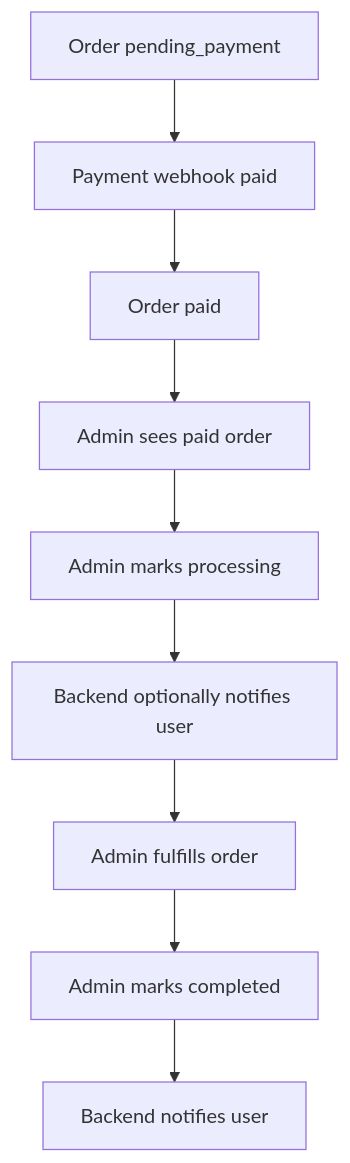
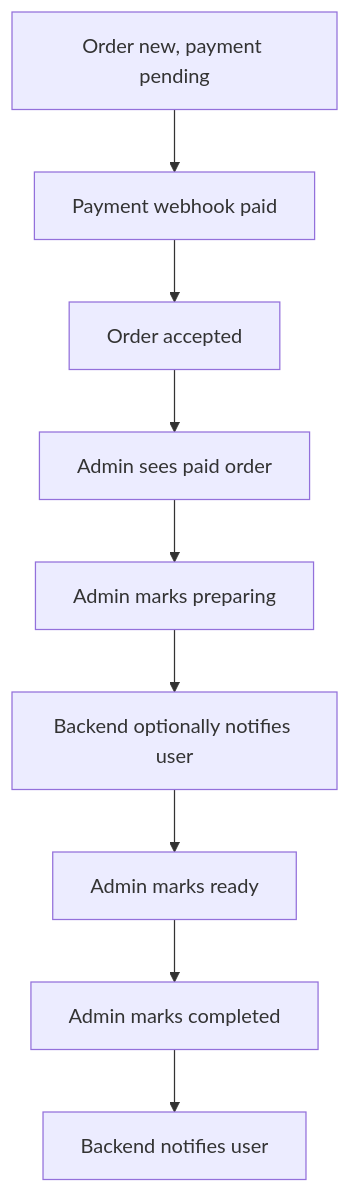
One commit to mridhoda/selaluteh-chatbot-crm changed the diagram in docs/backend/02-flows/order-fulfillment-flow.md. Above: the diagram before and after it, drawn with Mermaid. The commit also changed other lines of this file and 294 other files, not shown here.

````diff
--- a/docs/backend/02-flows/order-fulfillment-flow.md
+++ b/docs/backend/02-flows/order-fulfillment-flow.md
@@ -29,11 +28,11 @@
 ```mermaid
 flowchart TD
-  A[Order pending_payment] --> B[Payment webhook paid]
-  B --> C[Order paid]
+  A[Order new, payment pending] --> B[Payment webhook paid]
+  B --> C[Order accepted]
   C --> D[Admin sees paid order]
-  D --> E[Admin marks processing]
+  D --> E[Admin marks preparing]
   E --> F[Backend optionally notifies user]
-  F --> G[Admin fulfills order]
+  F --> G[Admin marks ready]
   G --> H[Admin marks completed]
   H --> I[Backend notifies user]
 ```
````
